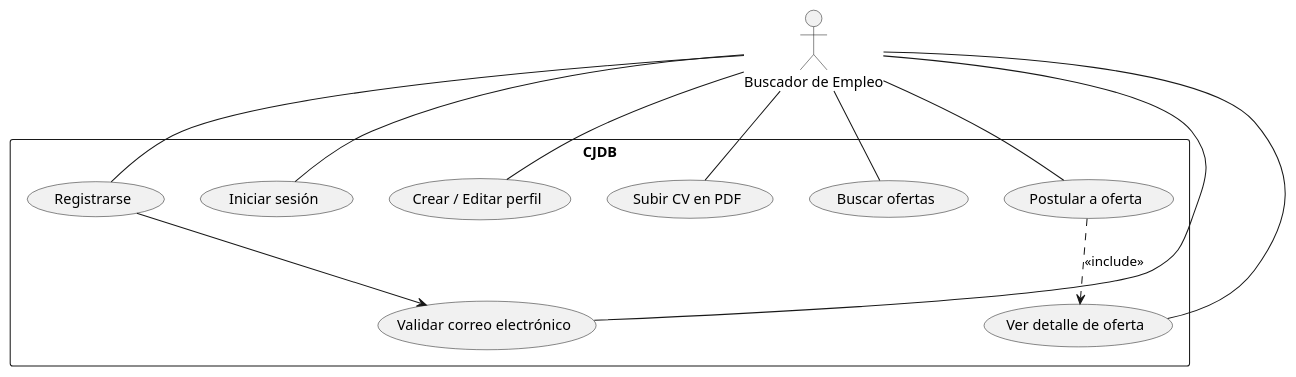
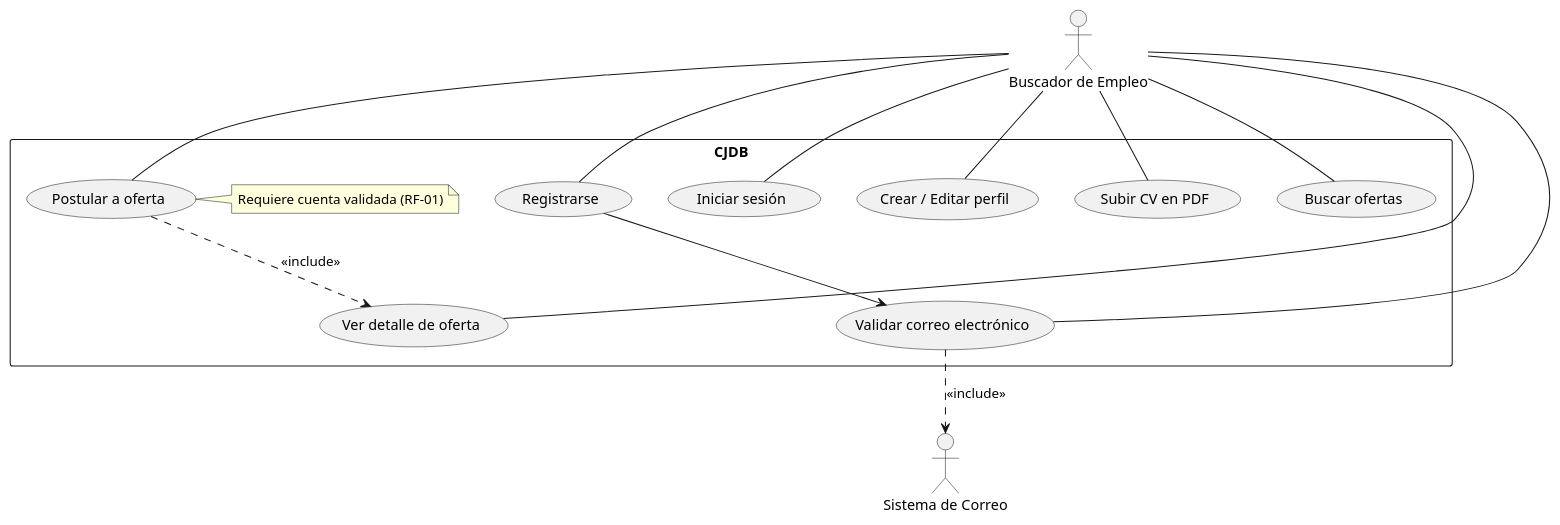
Before and after one commit to AltZeros/cjdb: the diagram in docs/plantUML/useCases/UC-02-searcher.puml, drawn with PlantUML. The commit also changed 5 other files, not shown here.

Commit message:
chore(ci): trigger PlantUML render workflow

```diff
--- a/docs/plantUML/useCases/UC-02-searcher.puml
+++ b/docs/plantUML/useCases/UC-02-searcher.puml
@@ -1,18 +1,21 @@
 @startuml
 actor "Buscador de Empleo" as Buscador
+actor "Sistema de Correo" as Mail
 
 rectangle CJDB {
   Buscador -- (Registrarse)
   Buscador -- (Validar correo electrónico)
   Buscador -- (Iniciar sesión)
   Buscador -- (Crear / Editar perfil)
   Buscador -- (Subir CV en PDF)
   Buscador -- (Buscar ofertas)
   Buscador -- (Ver detalle de oferta)
   Buscador -- (Postular a oferta)
+  note right of (Postular a oferta) : Requiere cuenta validada (RF-01)
 }
 
 (Registrarse) --> (Validar correo electrónico)
+(Validar correo electrónico) ..> Mail : <<include>>
 (Postular a oferta) ..> (Ver detalle de oferta) : <<include>>
 
 @enduml
```
